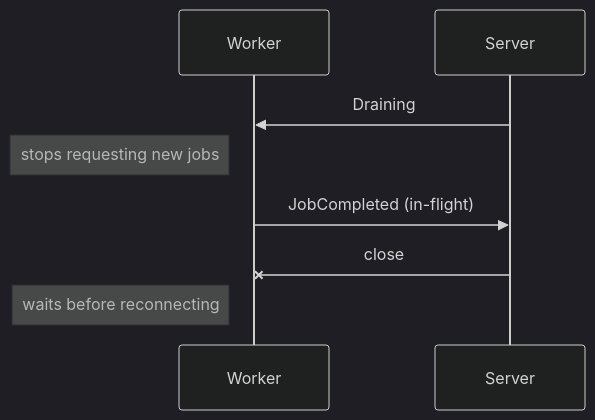
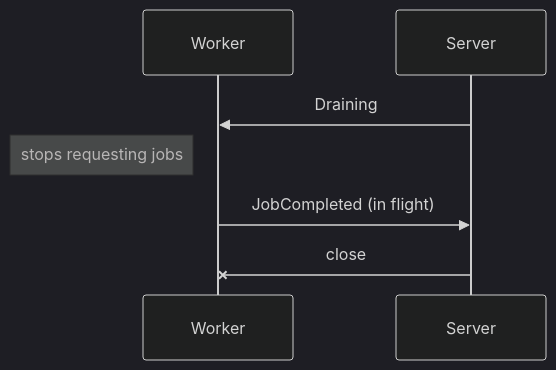
Before and after one commit to wavelens/gradient: the second of 2 diagrams in docs/src/contributors/proto/connection.md, drawn with Mermaid (dark theme). The commit also changed other lines of this file, not shown here.

````diff
--- a/docs/src/contributors/proto/connection.md
+++ b/docs/src/contributors/proto/connection.md
@@ -304,11 +94,9 @@
 ```mermaid
 sequenceDiagram
     participant W as Worker
     participant S as Server
-
     S->>W: Draining
-    Note left of W: stops requesting new jobs
-    W->>S: JobCompleted (in-flight)
+    Note left of W: stops requesting jobs
+    W->>S: JobCompleted (in flight)
     S-xW: close
-    Note left of W: waits before reconnecting
 ```
````
